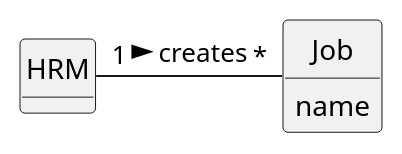
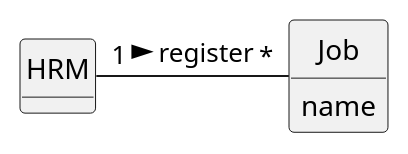
Before and after one commit to diogoveirospro/lei-24-s2-1dg-g072: the diagram in docs/sprintB/us002/02.analysis/puml/us002-domain-model.puml, drawn with PlantUML. The commit also changed 6 other files, not shown here.

Commit message:
Updated the use case diagram, updated US01 and US02 analyses

```diff
--- a/docs/sprintB/us002/02.analysis/puml/us002-domain-model.puml
+++ b/docs/sprintB/us002/02.analysis/puml/us002-domain-model.puml
@@ -1,24 +1,24 @@
 @startuml
 skinparam monochrome true
 skinparam packageStyle rectangle
 skinparam shadowing false
 
 'left to right direction
 
 skinparam classAttributeIconSize 0
 
 hide circle
 hide methods
 
 
 class Job {
     name
 }
 
 class HRM {
 
 }
 
-HRM "1" - "*" Job : creates >
+HRM "1" - "*" Job : register >
 
 @enduml
```
